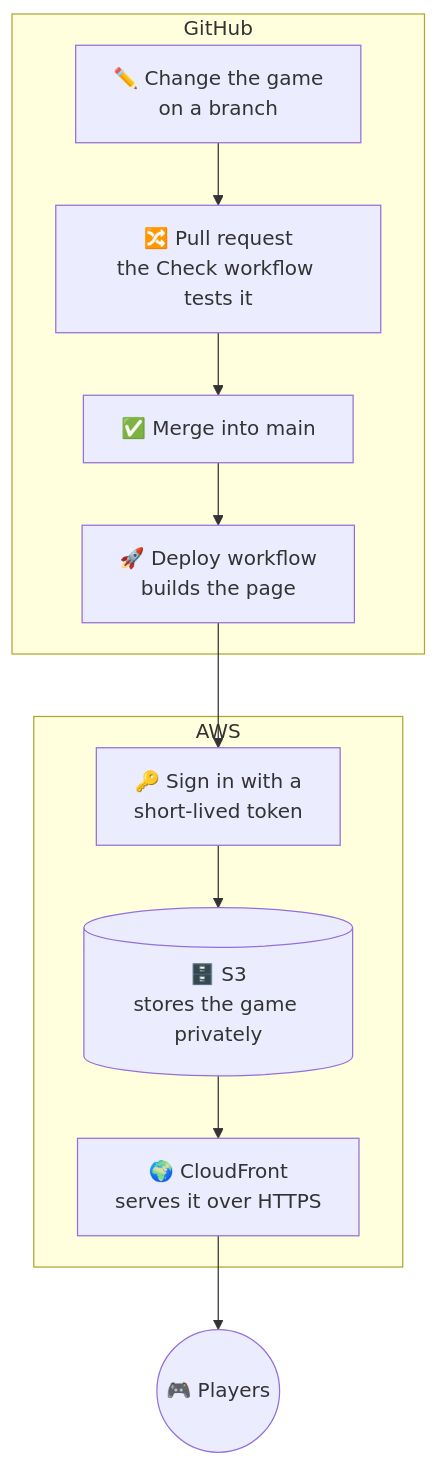
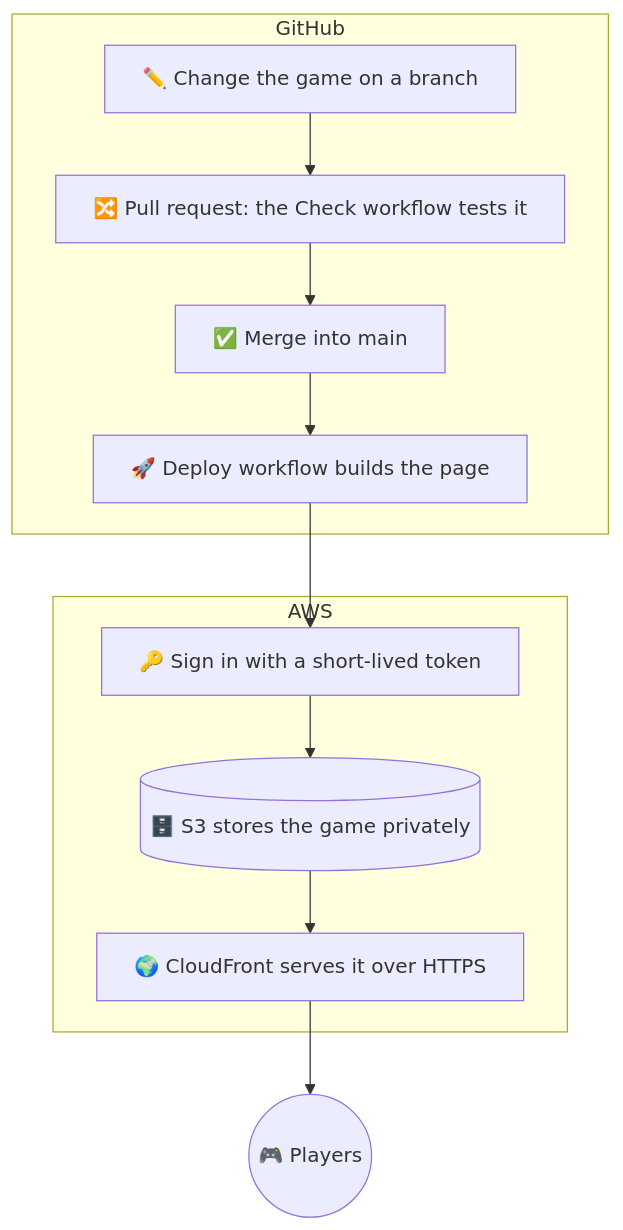
The diagram in README.md (ok-kewei/cinderella-maze), drawn with Mermaid before and after one commit.

Commit message:
README: one-line labels in the architecture diagram

````diff
--- a/README.md
+++ b/README.md
@@ -40,14 +40,15 @@
 ```mermaid
+%%{init: {"flowchart": {"wrappingWidth": 500}}}%%
 flowchart TD
   subgraph GH["GitHub"]
-    A["✏️ Change the game<br/>on a branch"] --> B["🔀 Pull request<br/>the Check workflow tests it"]
+    A["✏️ Change the game on a branch"] --> B["🔀 Pull request: the Check workflow tests it"]
     B --> C["✅ Merge into main"]
-    C --> D["🚀 Deploy workflow<br/>builds the page"]
+    C --> D["🚀 Deploy workflow builds the page"]
   end
   subgraph AWS["AWS"]
-    E["🔑 Sign in with a<br/>short-lived token"] --> F[("🗄️ S3<br/>stores the game privately")]
-    F --> G["🌍 CloudFront<br/>serves it over HTTPS"]
+    E["🔑 Sign in with a short-lived token"] --> F[("🗄️ S3 stores the game privately")]
+    F --> G["🌍 CloudFront serves it over HTTPS"]
   end
   D --> E
   G --> H(("🎮 Players"))
 ```
````
